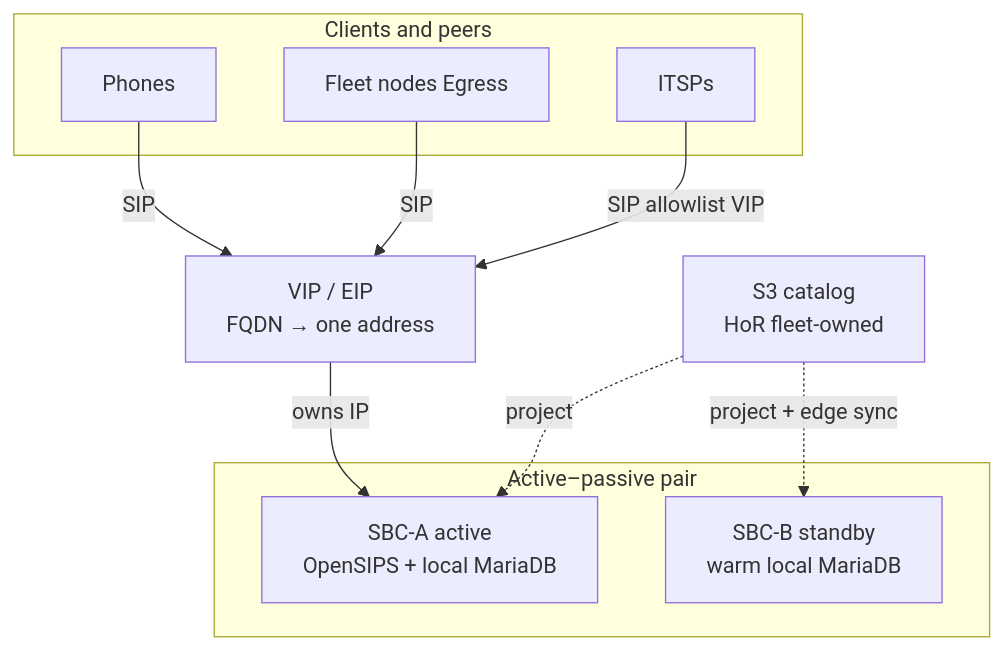
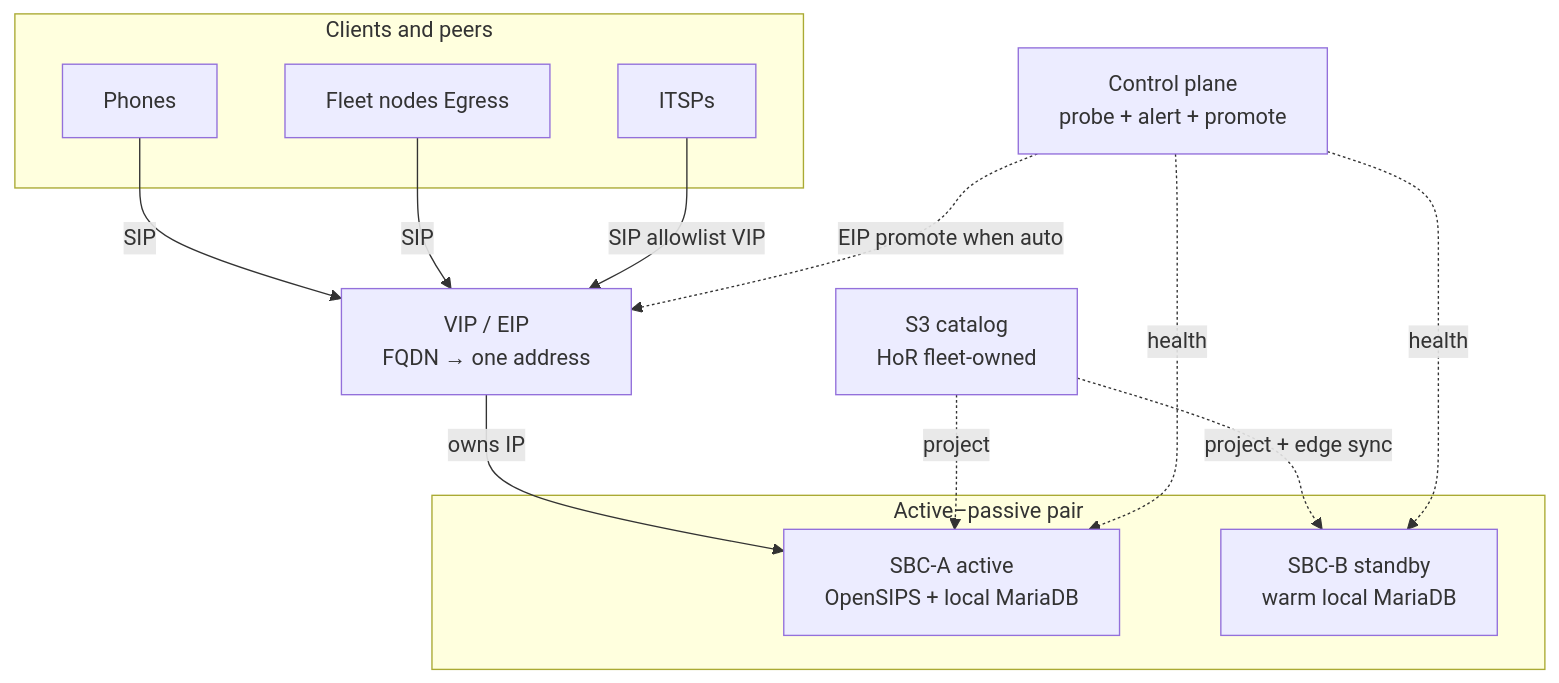
Before and after one commit to pbx3-oss/pbx3: the first of 2 diagrams in pbx3-directory/docs/SBC_HA_FAILOVER_REQUIREMENTS.md, drawn with Mermaid. The commit also changed other lines of this file and 16 other files, not shown here.

First line of the commit message:
Add control-plane SBC edge HA probe, notify, and auto EIP promote.

````diff
--- a/pbx3-directory/docs/SBC_HA_FAILOVER_REQUIREMENTS.md
+++ b/pbx3-directory/docs/SBC_HA_FAILOVER_REQUIREMENTS.md
@@ -28,24 +29,28 @@
 ```mermaid
 flowchart TB
   subgraph clients [Clients and peers]
     Phones[Phones]
     Nodes[Fleet nodes Egress]
     ITSPs[ITSPs]
   end
 
   VIP["VIP / EIP\nFQDN → one address"]
 
   subgraph pair [Active–passive pair]
     A["SBC-A active\nOpenSIPS + local MariaDB"]
     B["SBC-B standby\nwarm local MariaDB"]
   end
 
+  Control["Control plane\nprobe + alert + promote"]
   Catalog["S3 catalog\nHoR fleet-owned"]
 
   Phones -->|SIP| VIP
   Nodes -->|SIP| VIP
   ITSPs -->|SIP allowlist VIP| VIP
   VIP -->|owns IP| A
   Catalog -.->|project| A
   Catalog -.->|project + edge sync| B
+  Control -.->|health| A
+  Control -.->|health| B
+  Control -.->|EIP promote when auto| VIP
 ```
````
